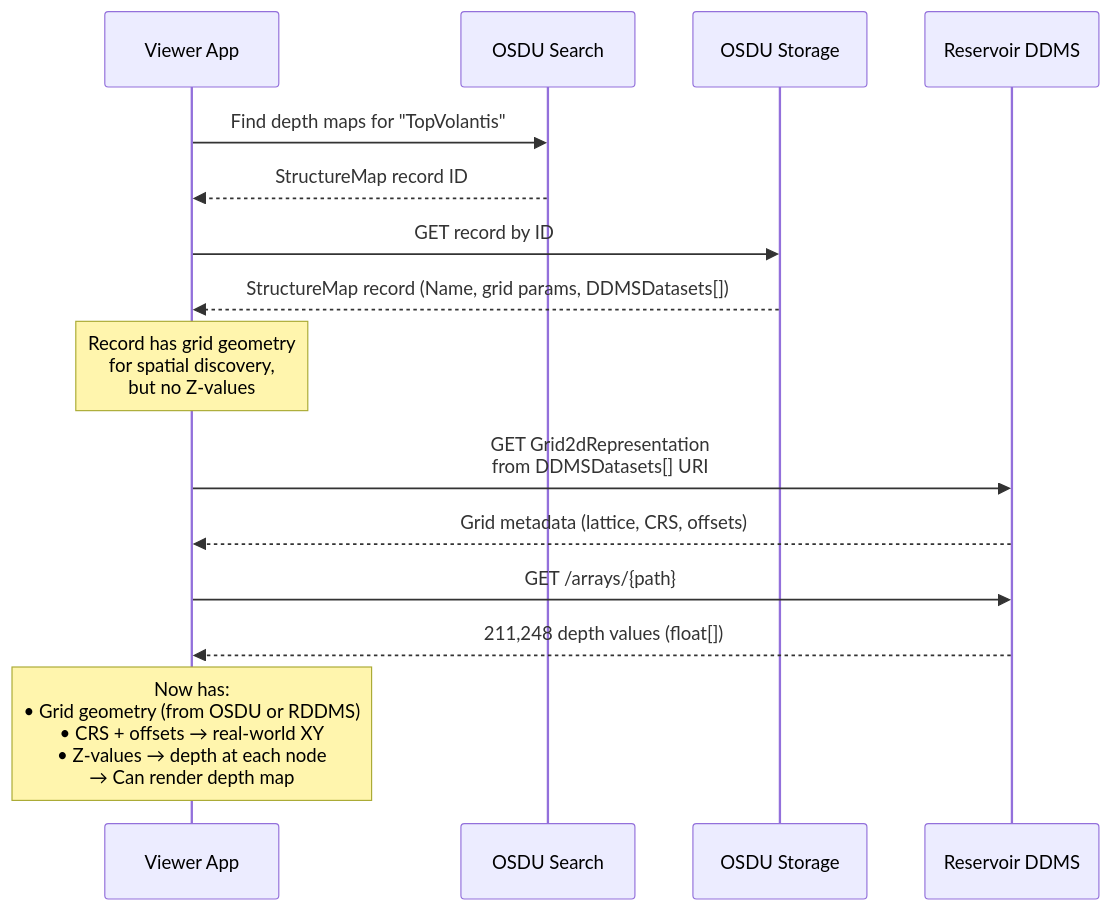
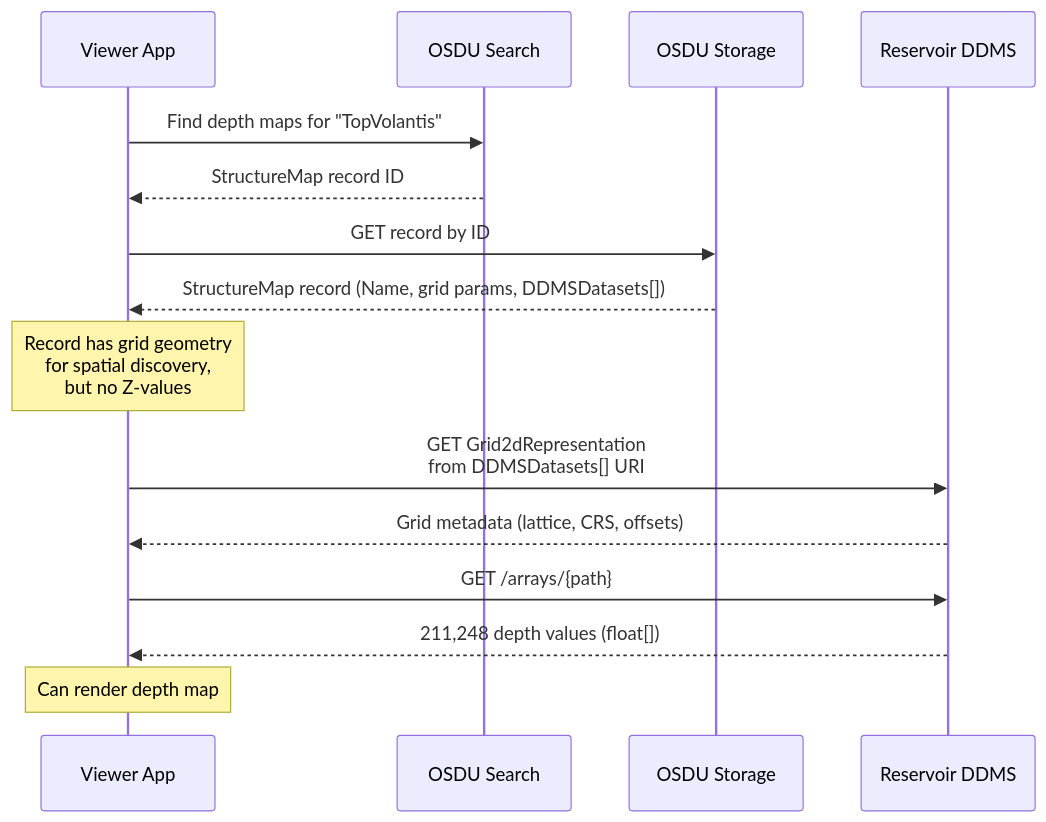
One commit to marcusapel/ores changed the sixth of 8 diagrams in md/SeisInt.md. Above: the diagram before and after it, drawn with Mermaid. The commit also changed other lines of this file and 36 other files, not shown here.

````diff
--- a/md/SeisInt.md
+++ b/md/SeisInt.md
@@ -956,21 +363,18 @@
 ```mermaid
 sequenceDiagram
     participant App as Viewer App
     participant Search as OSDU Search
     participant Storage as OSDU Storage
     participant RDDMS as Reservoir DDMS
 
     App->>Search: Find depth maps for "TopVolantis"
     Search-->>App: StructureMap record ID
     App->>Storage: GET record by ID
     Storage-->>App: StructureMap record (Name, grid params, DDMSDatasets[])
-
     Note over App: Record has grid geometry<br/>for spatial discovery,<br/>but no Z-values
-
     App->>RDDMS: GET Grid2dRepresentation<br/>from DDMSDatasets[] URI
     RDDMS-->>App: Grid metadata (lattice, CRS, offsets)
     App->>RDDMS: GET /arrays/{path}
     RDDMS-->>App: 211,248 depth values (float[])
-
-    Note over App: Now has:<br/>• Grid geometry (from OSDU or RDDMS)<br/>• CRS + offsets → real-world XY<br/>• Z-values → depth at each node<br/>→ Can render depth map
+    Note over App: Can render depth map
 ```
````
